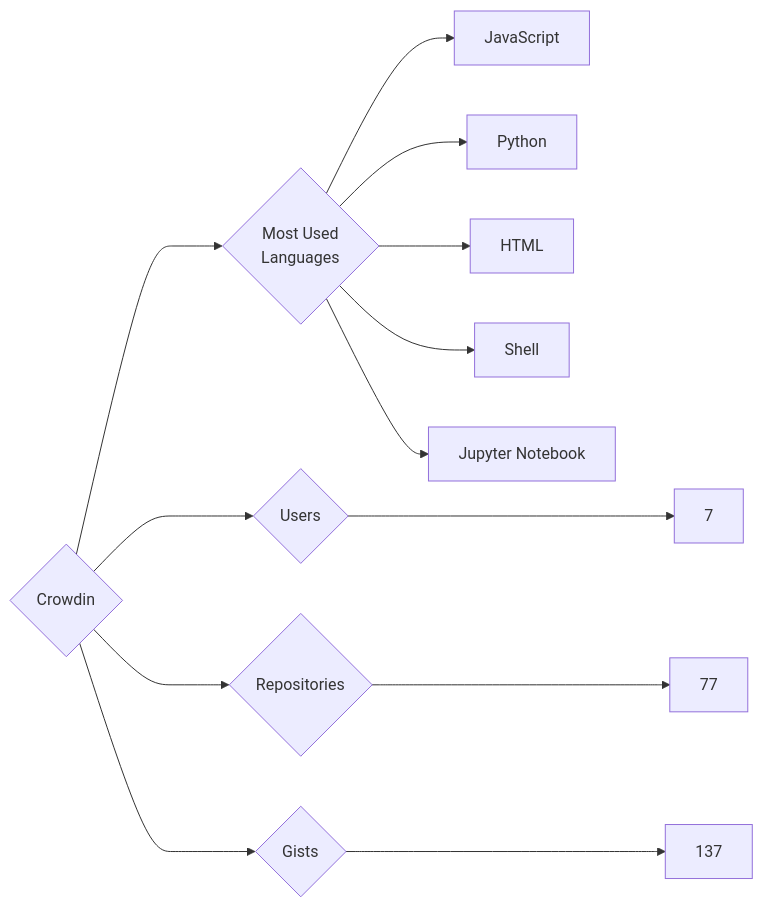
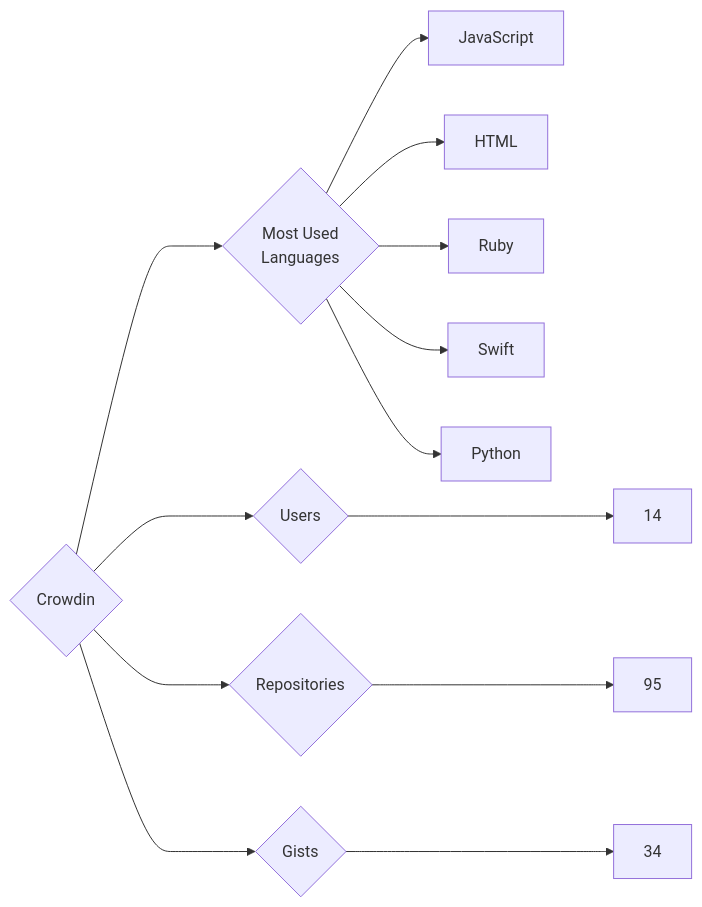
The diagram in targets/Crowdin/README.md (trickest/insiders), drawn with Mermaid before and after one commit. The commit also changed 1212 other files, not shown here.

````diff
--- a/targets/Crowdin/README.md
+++ b/targets/Crowdin/README.md
@@ -3,13 +3,13 @@
 ```mermaid
 graph LR
 COMPANY_NAME{Crowdin}
-COMPANY_NAME ---> U{Users} ---> UN[7]
-COMPANY_NAME ---> R{Repositories} ---> RN[77]
-COMPANY_NAME ---> G{Gists} ---> GN[137]
+COMPANY_NAME ---> U{Users} ---> UN[14]
+COMPANY_NAME ---> R{Repositories} ---> RN[95]
+COMPANY_NAME ---> G{Gists} ---> GN[34]
 COMPANY_NAME ---> ML{Most Used<br>Languages}
 ML --> JavaScript[JavaScript]
+ML --> HTML[HTML]
+ML --> Ruby[Ruby]
+ML --> Swift[Swift]
 ML --> Python[Python]
-ML --> HTML[HTML]
-ML --> Shell[Shell]
-ML --> Jupyter_Notebook[Jupyter Notebook]
 ```
````
